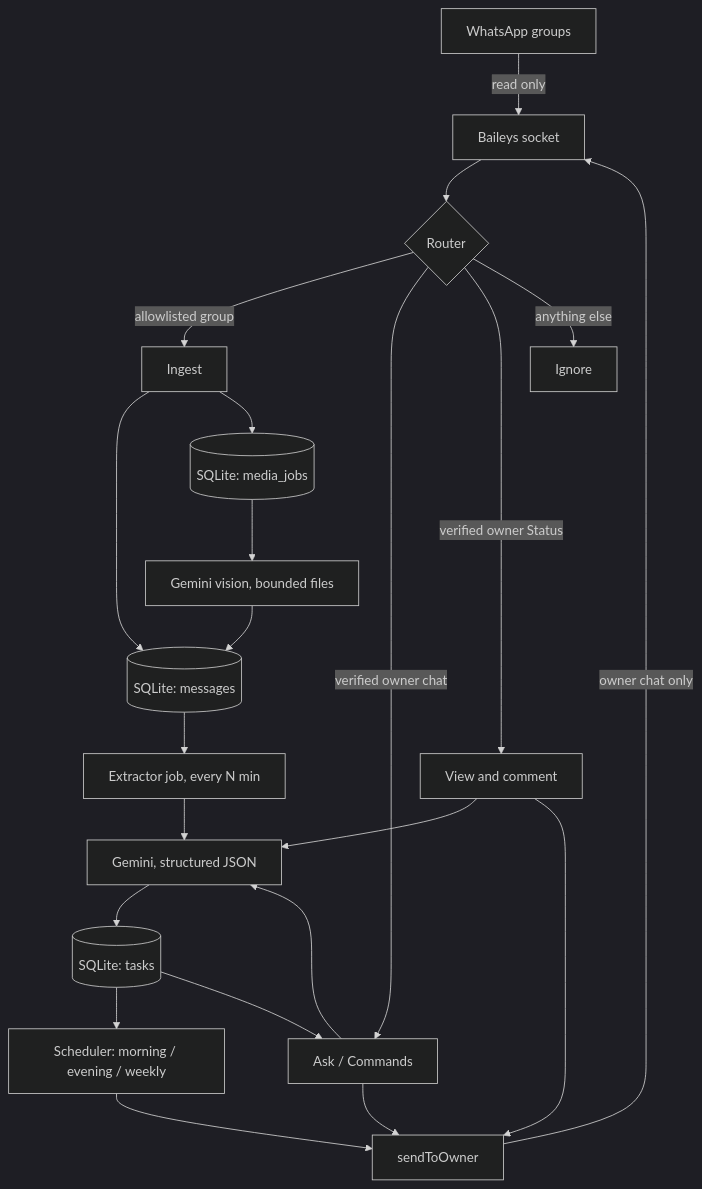
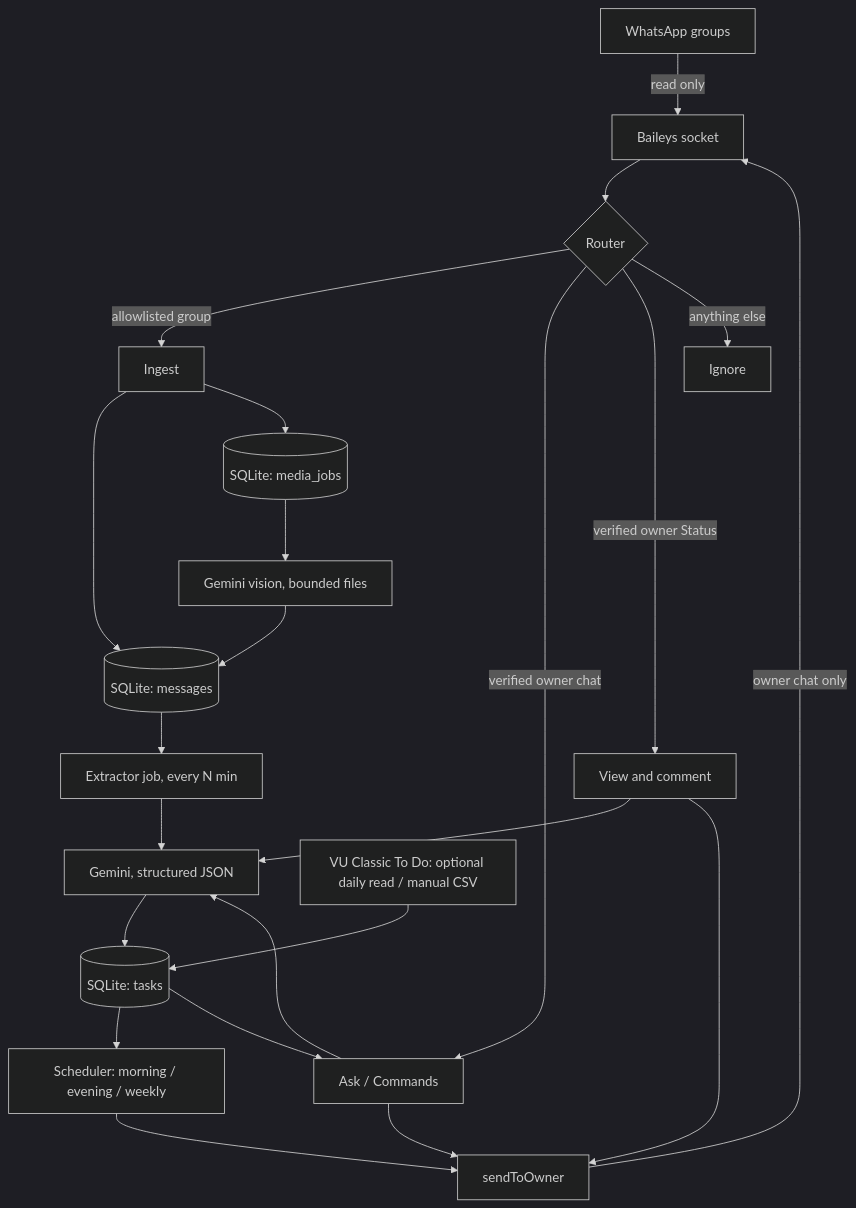
The diagram in ARCHITECTURE.md (Coding-Moves/maya-assistant), drawn with Mermaid (dark theme) before and after one commit. The commit also changed other lines of this file and 3 other files, not shown here.

Commit message:
docs: explain optional daily VU LMS sync

````diff
--- a/ARCHITECTURE.md
+++ b/ARCHITECTURE.md
@@ -14,24 +14,25 @@
 ```mermaid
 flowchart TD
     G[WhatsApp groups] -->|read only| W[Baileys socket]
     W --> R{Router}
     R -->|allowlisted group| I[Ingest]
     R -->|verified owner chat| Q[Ask / Commands]
     R -->|verified owner Status| ST[View and comment]
     R -->|anything else| X[Ignore]
     I --> DB[(SQLite: messages)]
     I --> MQ[(SQLite: media_jobs)]
     MQ --> MV[Gemini vision, bounded files]
     MV --> DB
     DB --> E[Extractor job, every N min]
     E --> AI[Gemini, structured JSON]
     AI --> T[(SQLite: tasks)]
+    VU[VU Classic To Do: optional daily read / manual CSV] --> T
     T --> S[Scheduler: morning / evening / weekly]
     T --> Q
     Q --> AI
     ST --> AI
     S --> O[sendToOwner]
     Q --> O
     ST --> O
     O -->|owner chat only| W
 ```
````
